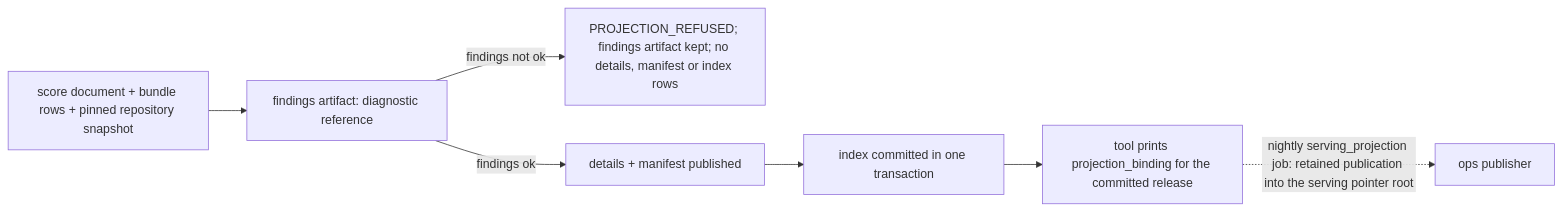
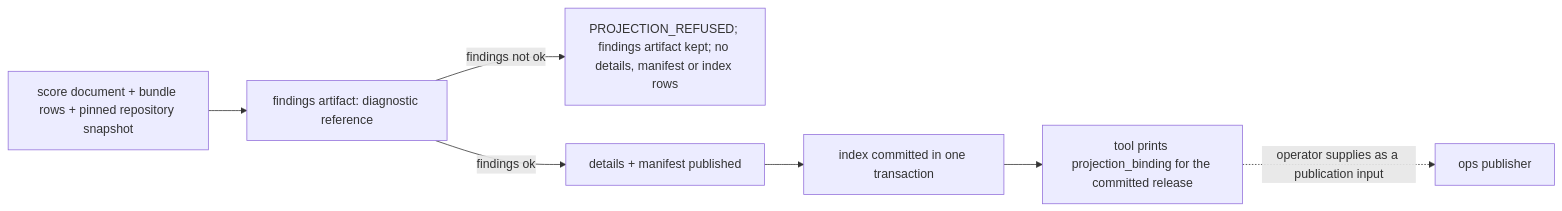
The second of 2 diagrams in engine/v2/serving/ARCHITECTURE.md (yshewchuk/investment-validation), drawn with Mermaid before and after one commit. The commit also changed other lines of this file and 1 other file, not shown here.

````diff
--- a/engine/v2/serving/ARCHITECTURE.md
+++ b/engine/v2/serving/ARCHITECTURE.md
@@ -254,9 +222,9 @@
 ```mermaid
 flowchart LR
   In[score document + bundle rows + pinned repository snapshot] --> Findings[findings artifact: diagnostic reference]
   Findings -->|findings not ok| Refused[PROJECTION_REFUSED; findings artifact kept; no details, manifest or index rows]
   Findings -->|findings ok| Publish[details + manifest published]
   Publish --> Commit[index committed in one transaction]
   Commit --> Binding[tool prints projection_binding for the committed release]
-  Binding -.->|nightly serving_projection job: retained publication into the serving pointer root| Ops[ops publisher]
+  Binding -.->|operator supplies as a publication input| Ops[ops publisher]
 ```
````
